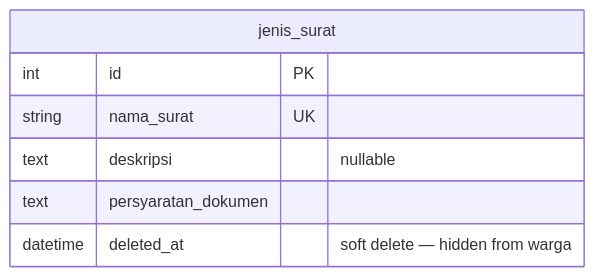
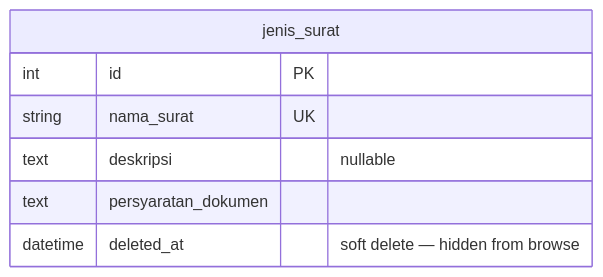
The second of 2 diagrams in docs/dev-docs/features/persyaratan-dokumen.md (ZulfikarHD/sistem-desa), drawn with Mermaid before and after one commit. The commit also changed other lines of this file and 25 other files, not shown here.

````diff
--- a/docs/dev-docs/features/persyaratan-dokumen.md
+++ b/docs/dev-docs/features/persyaratan-dokumen.md
@@ -23,10 +24,10 @@
 ```mermaid
 erDiagram
     jenis_surat {
         int id PK
         string nama_surat UK
         text deskripsi "nullable"
         text persyaratan_dokumen
-        datetime deleted_at "soft delete — hidden from warga"
+        datetime deleted_at "soft delete — hidden from browse"
     }
 ```
````
